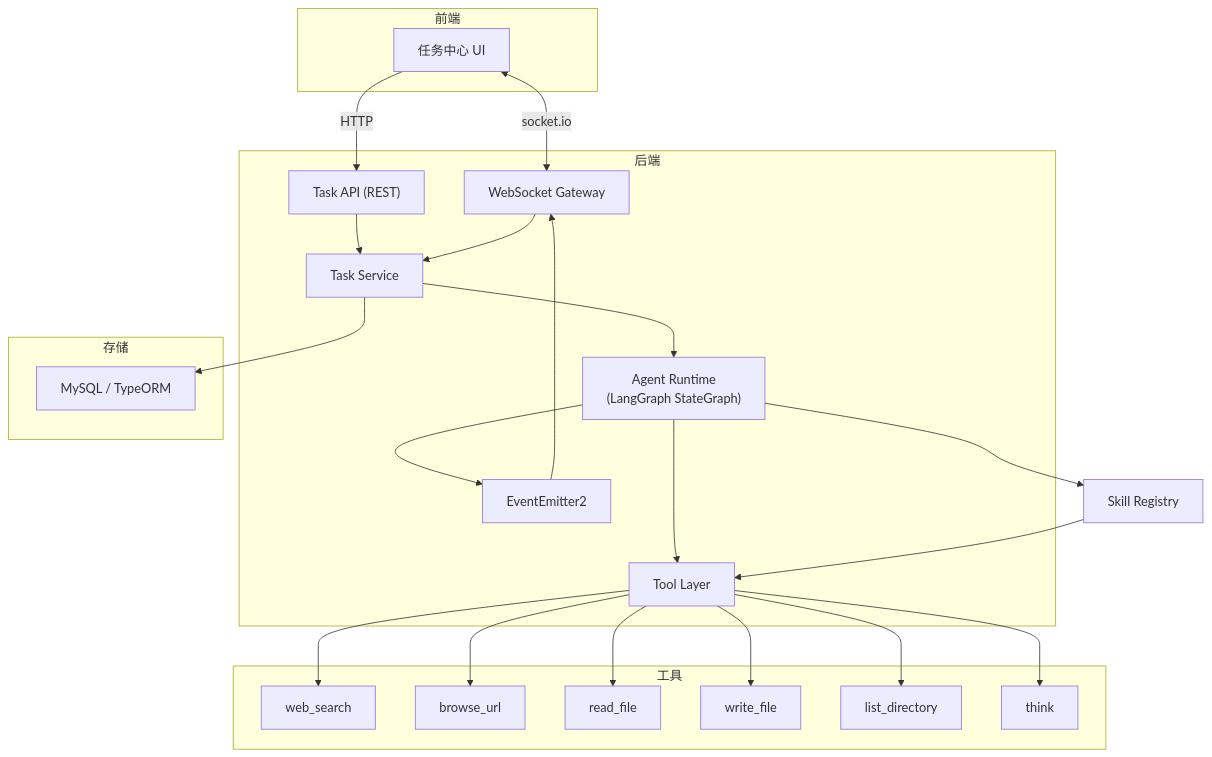
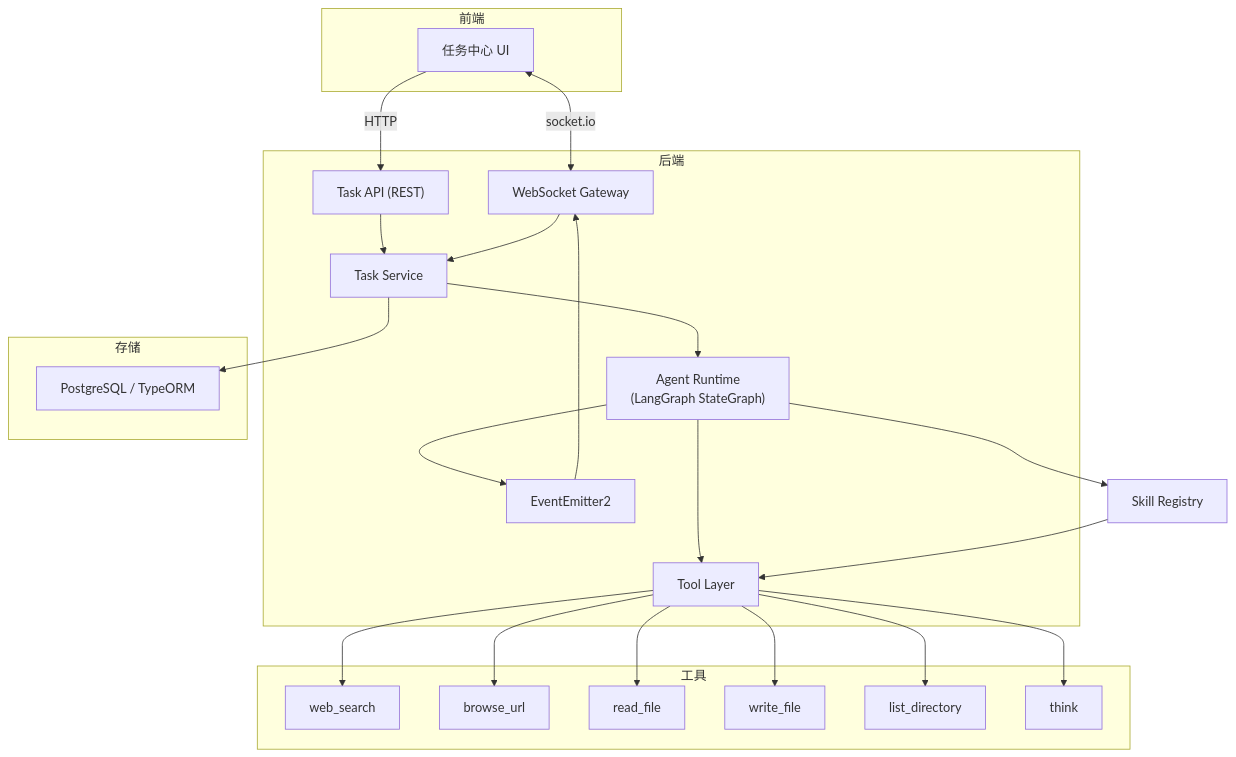
The first of 6 diagrams in docs/简易版-Manus-技术方案总览.md (iceberg211/ai-agent-course-code), drawn with Mermaid before and after one commit. The commit also changed other lines of this file and 80 other files, not shown here.

````diff
--- a/docs/简易版-Manus-技术方案总览.md
+++ b/docs/简易版-Manus-技术方案总览.md
@@ -35,41 +35,41 @@
 ```mermaid
 flowchart TB
     subgraph 前端
         UI["任务中心 UI"]
     end
 
     subgraph 后端
         GW["WebSocket Gateway"]
         API["Task API (REST)"]
         TS["Task Service"]
         AR["Agent Runtime\n(LangGraph StateGraph)"]
         TL["Tool Layer"]
         EP["EventEmitter2"]
     end
 
     subgraph 存储
-        DB["MySQL / TypeORM"]
+        DB["PostgreSQL / TypeORM"]
     end
 
     subgraph 工具
         WS["web_search"]
         BU["browse_url"]
         RF["read_file"]
         WF["write_file"]
         LD["list_directory"]
         TH["think"]
     end
 
     UI <-->|socket.io| GW
     UI -->|HTTP| API
     API --> TS
     GW --> TS
     TS --> AR
     AR --> SL["Skill Registry"]
     AR --> TL
     SL --> TL
     TL --> WS & BU & RF & WF & LD & TH
     AR --> EP
     EP --> GW
     TS --> DB
 ```
````
